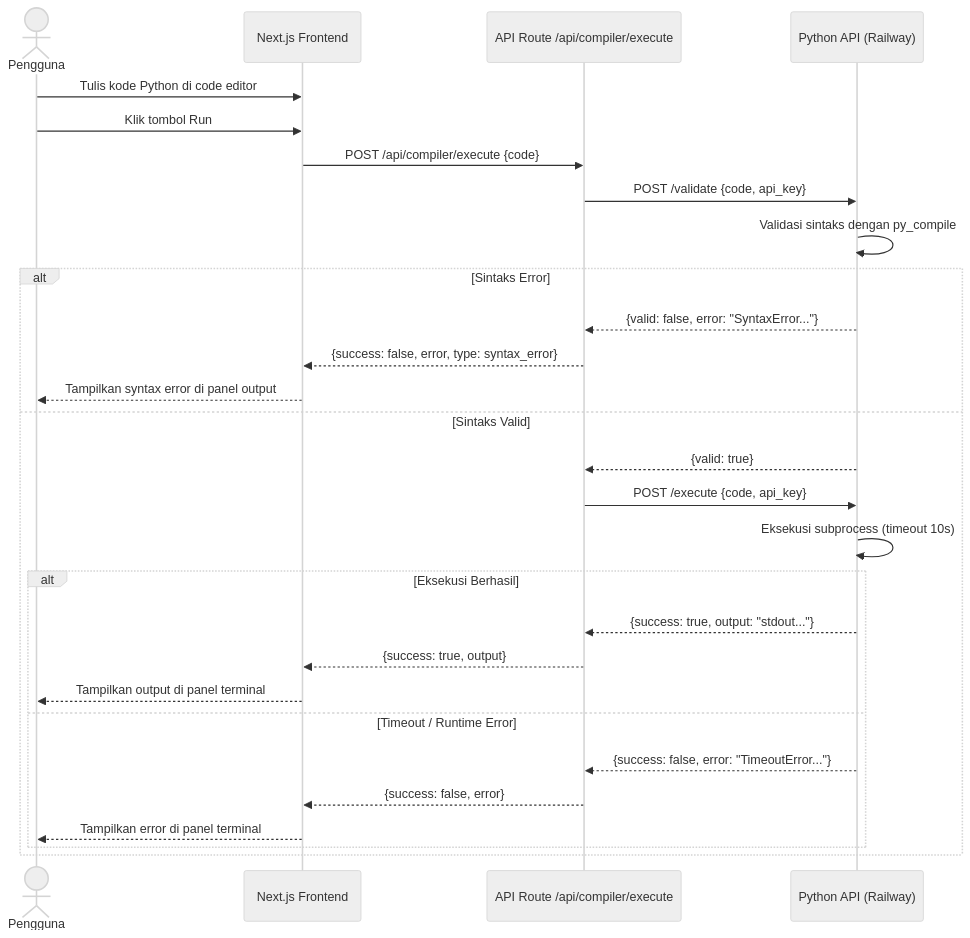
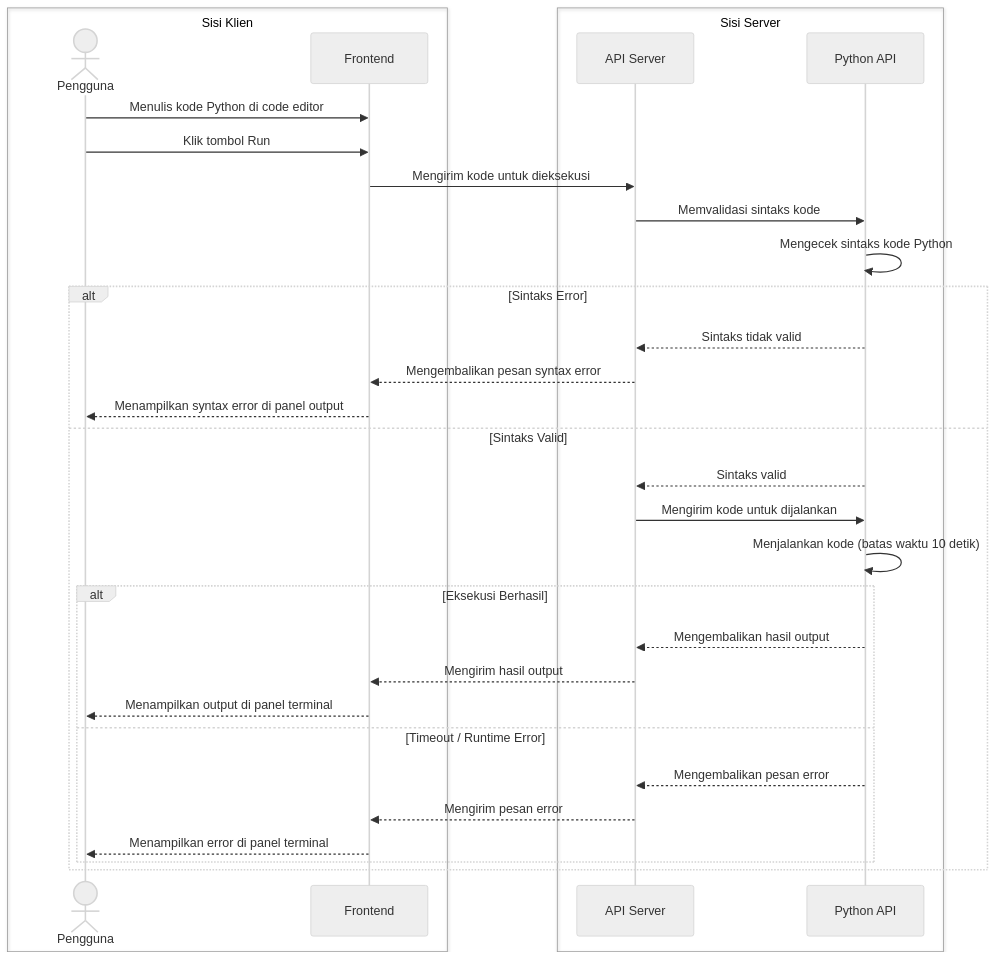
One commit to solikhulmauludin22014-ops/CLING changed diagram 15 of 25 in DIAGRAMS.md. Above: the diagram before and after it, drawn with Mermaid (neutral theme). The commit also changed other lines of this file and 5 other files, not shown here.

Commit message:
update kategori skor clean code: Sangat Terampil, Terampil, Cukup Terampil, Kurang Terampil, Tidak Terampil

````diff
--- a/DIAGRAMS.md
+++ b/DIAGRAMS.md
@@ -696,31 +704,35 @@
 ```mermaid
 sequenceDiagram
-    actor User as Pengguna
-    participant FE as Next.js Frontend
-    participant API as API Route /api/compiler/execute
-    participant PY as Python API (Railway)
+    box Sisi Klien
+        actor User as Pengguna
+        participant FE as Frontend
+    end
+    box Sisi Server
+        participant API as API Server
+        participant PY as Python API
+    end
 
-    User->>FE: Tulis kode Python di code editor
+    User->>FE: Menulis kode Python di code editor
     User->>FE: Klik tombol Run
-    FE->>API: POST /api/compiler/execute {code}
-    API->>PY: POST /validate {code, api_key}
-    PY->>PY: Validasi sintaks dengan py_compile
+    FE->>API: Mengirim kode untuk dieksekusi
+    API->>PY: Memvalidasi sintaks kode
+    PY->>PY: Mengecek sintaks kode Python
     alt Sintaks Error
-        PY-->>API: {valid: false, error: "SyntaxError..."}
-        API-->>FE: {success: false, error, type: syntax_error}
-        FE-->>User: Tampilkan syntax error di panel output
+        PY-->>API: Sintaks tidak valid
+        API-->>FE: Mengembalikan pesan syntax error
+        FE-->>User: Menampilkan syntax error di panel output
     else Sintaks Valid
-        PY-->>API: {valid: true}
-        API->>PY: POST /execute {code, api_key}
-        PY->>PY: Eksekusi subprocess (timeout 10s)
+        PY-->>API: Sintaks valid
+        API->>PY: Mengirim kode untuk dijalankan
+        PY->>PY: Menjalankan kode (batas waktu 10 detik)
         alt Eksekusi Berhasil
-            PY-->>API: {success: true, output: "stdout..."}
-            API-->>FE: {success: true, output}
-            FE-->>User: Tampilkan output di panel terminal
+            PY-->>API: Mengembalikan hasil output
+            API-->>FE: Mengirim hasil output
+            FE-->>User: Menampilkan output di panel terminal
         else Timeout / Runtime Error
-            PY-->>API: {success: false, error: "TimeoutError..."}
-            API-->>FE: {success: false, error}
-            FE-->>User: Tampilkan error di panel terminal
+            PY-->>API: Mengembalikan pesan error
+            API-->>FE: Mengirim pesan error
+            FE-->>User: Menampilkan error di panel terminal
         end
     end
 ```
````
